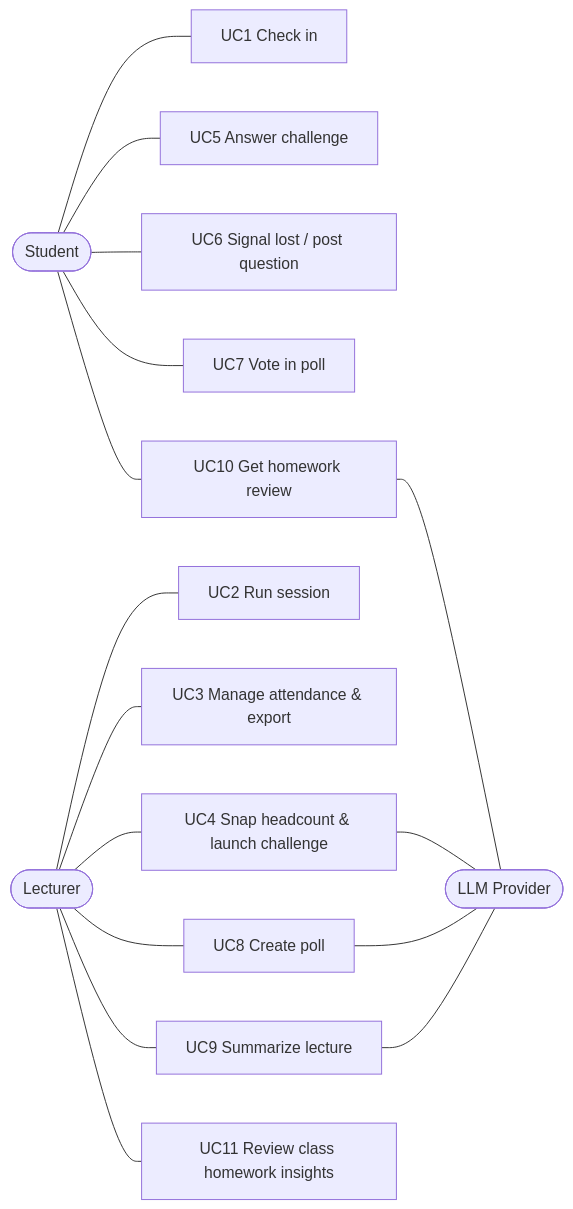
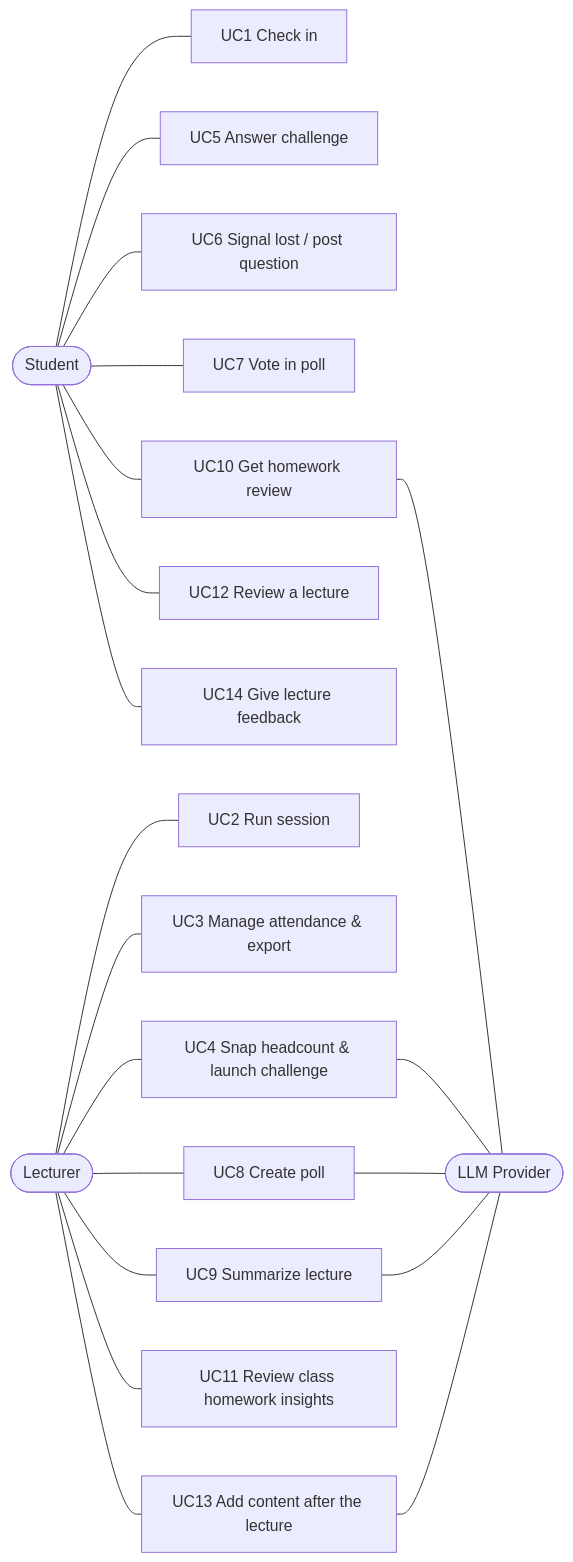
Before and after one commit to GiladApel/classpulse: the diagram in docs/04-use-cases.md, drawn with Mermaid. The commit also changed other lines of this file and 57 other files, not shown here.

First line of the commit message:
M8 + M9: lecture page, anonymous feedback, slide-only AI polls, practice from PDF

````diff
--- a/docs/04-use-cases.md
+++ b/docs/04-use-cases.md
@@ -5,18 +5,22 @@
 ```mermaid
 flowchart LR
   S([Student]) --- UC1[UC1 Check in]
   S --- UC5[UC5 Answer challenge]
   S --- UC6[UC6 Signal lost / post question]
   S --- UC7[UC7 Vote in poll]
   S --- UC10[UC10 Get homework review]
+  S --- UC12[UC12 Review a lecture]
+  S --- UC14[UC14 Give lecture feedback]
   L([Lecturer]) --- UC2[UC2 Run session]
   L --- UC3[UC3 Manage attendance & export]
   L --- UC4[UC4 Snap headcount & launch challenge]
   L --- UC8[UC8 Create poll]
   L --- UC9[UC9 Summarize lecture]
   L --- UC11[UC11 Review class homework insights]
+  L --- UC13[UC13 Add content after the lecture]
+  UC13 --- AI
   UC4 --- AI([LLM Provider])
   UC8 --- AI
   UC9 --- AI
   UC10 --- AI
 ```
````
